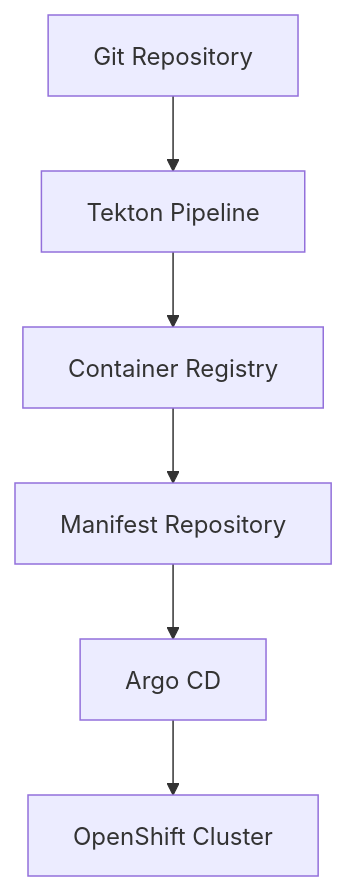
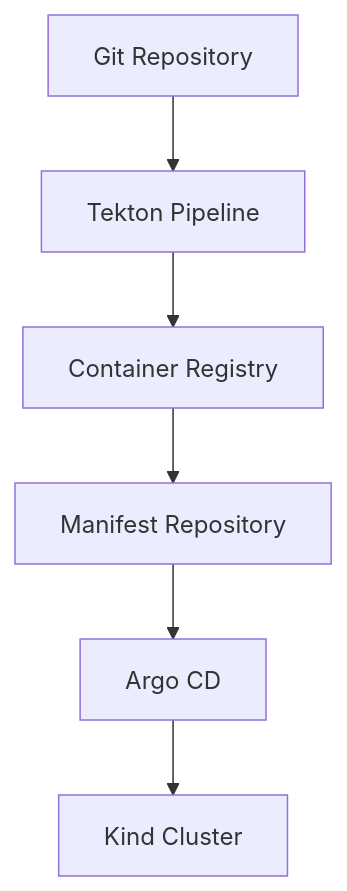
Before and after one commit to fedesa92/learning-gitOps: the diagram in PROJECT_SPEC.md, drawn with Mermaid. The commit also changed other lines of this file and 4 other files, not shown here.

````diff
--- a/PROJECT_SPEC.md
+++ b/PROJECT_SPEC.md
@@ -171,8 +171,8 @@
 ```mermaid
 graph TD
     A[Git Repository] --> B[Tekton Pipeline]
     B --> C[Container Registry]
     C --> D[Manifest Repository]
     D --> E[Argo CD]
-    E --> F[OpenShift Cluster]
+    E --> F[Kind Cluster]
 ```
````
